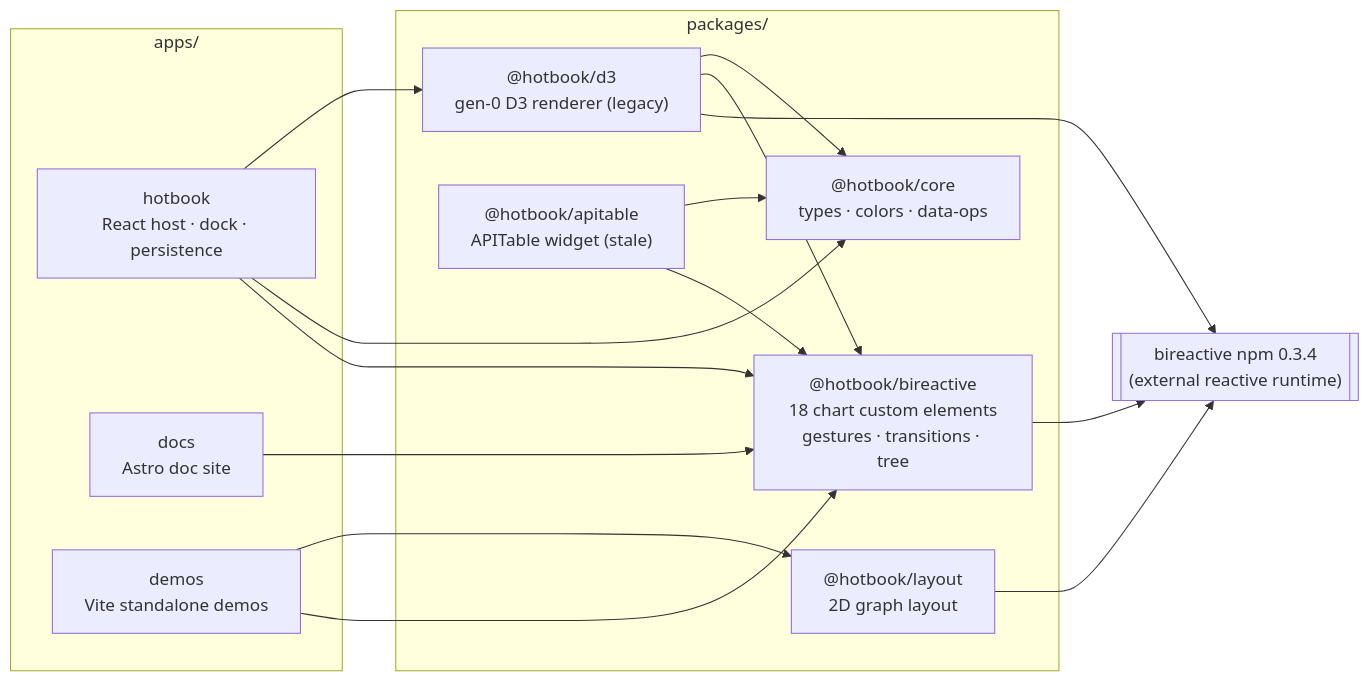
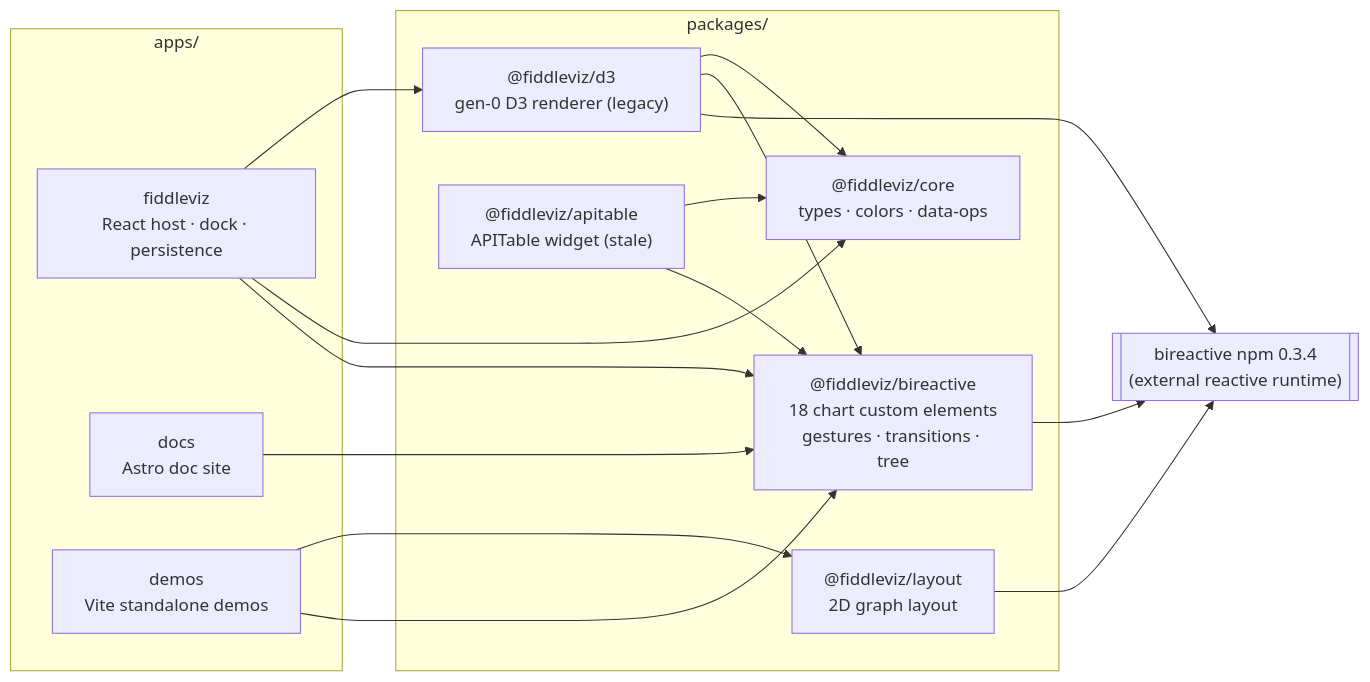
The first of 8 diagrams in docs/architecture.md (WinstonFassett/hotbook), drawn with Mermaid before and after one commit. The commit also changed other lines of this file and 128 other files, not shown here.

````diff
--- a/docs/architecture.md
+++ b/docs/architecture.md
@@ -15,32 +15,32 @@
 ```mermaid
 graph LR
   subgraph packages["packages/"]
-    core["@hotbook/core<br/>types · colors · data-ops"]
-    bireactive["@hotbook/bireactive<br/>18 chart custom elements<br/>gestures · transitions · tree"]
-    d3["@hotbook/d3<br/>gen-0 D3 renderer (legacy)"]
-    layout["@hotbook/layout<br/>2D graph layout"]
-    apitable["@hotbook/apitable<br/>APITable widget (stale)"]
+    core["@fiddleviz/core<br/>types · colors · data-ops"]
+    bireactive["@fiddleviz/bireactive<br/>18 chart custom elements<br/>gestures · transitions · tree"]
+    d3["@fiddleviz/d3<br/>gen-0 D3 renderer (legacy)"]
+    layout["@fiddleviz/layout<br/>2D graph layout"]
+    apitable["@fiddleviz/apitable<br/>APITable widget (stale)"]
   end
 
   subgraph apps["apps/"]
-    hotbook["hotbook<br/>React host · dock · persistence"]
+    fiddleviz["fiddleviz<br/>React host · dock · persistence"]
     docs["docs<br/>Astro doc site"]
     demos["demos<br/>Vite standalone demos"]
   end
 
   ext[["bireactive npm 0.3.4<br/>(external reactive runtime)"]]
 
   bireactive --> ext
   d3 --> ext
   layout --> ext
   d3 --> bireactive
   d3 --> core
   apitable --> bireactive
   apitable --> core
-  hotbook --> bireactive
-  hotbook --> core
-  hotbook --> d3
+  fiddleviz --> bireactive
+  fiddleviz --> core
+  fiddleviz --> d3
   docs --> bireactive
   demos --> bireactive
   demos --> layout
 ```
````
